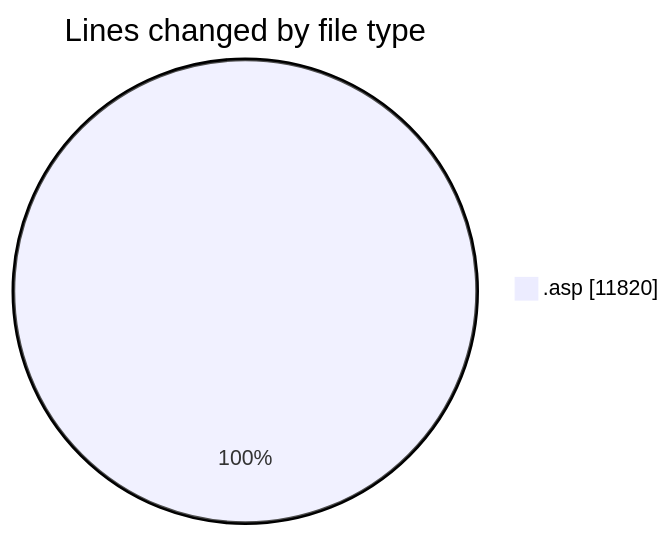
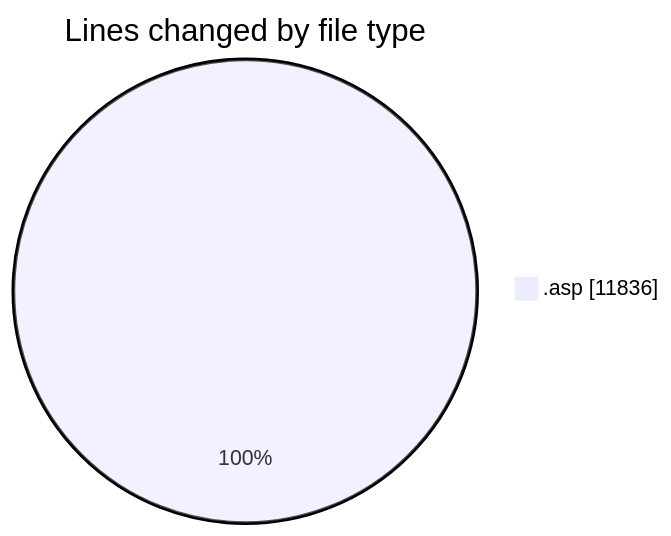
One commit to julien-gomy/code-tracking changed the first of 2 diagrams in 2025-11-14/cdp_aleoudev_fr__workspace_/README.md. Above: the diagram before and after it, drawn with Mermaid. The commit also changed other lines of this file and 1 other file, not shown here.

````diff
--- a/2025-11-14/cdp_aleoudev_fr__workspace_/README.md
+++ b/2025-11-14/cdp_aleoudev_fr__workspace_/README.md
@@ -22,5 +22,5 @@
 ```mermaid
 pie showData
 title Lines changed by file type
-".asp" : 11820
+".asp" : 11836
 ```
````
